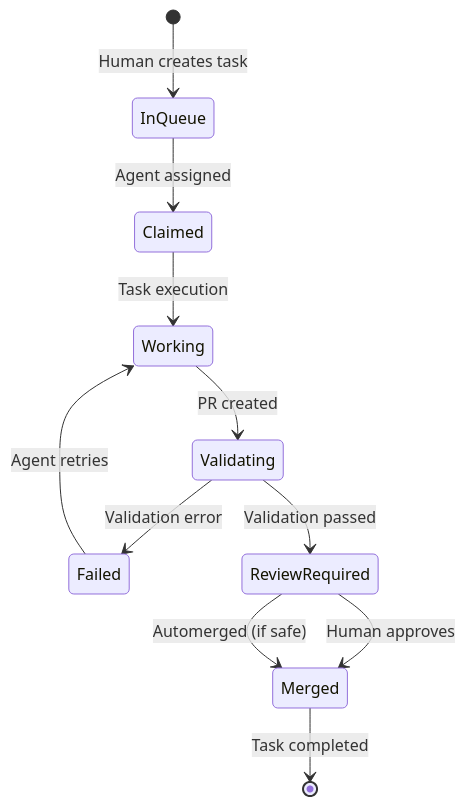
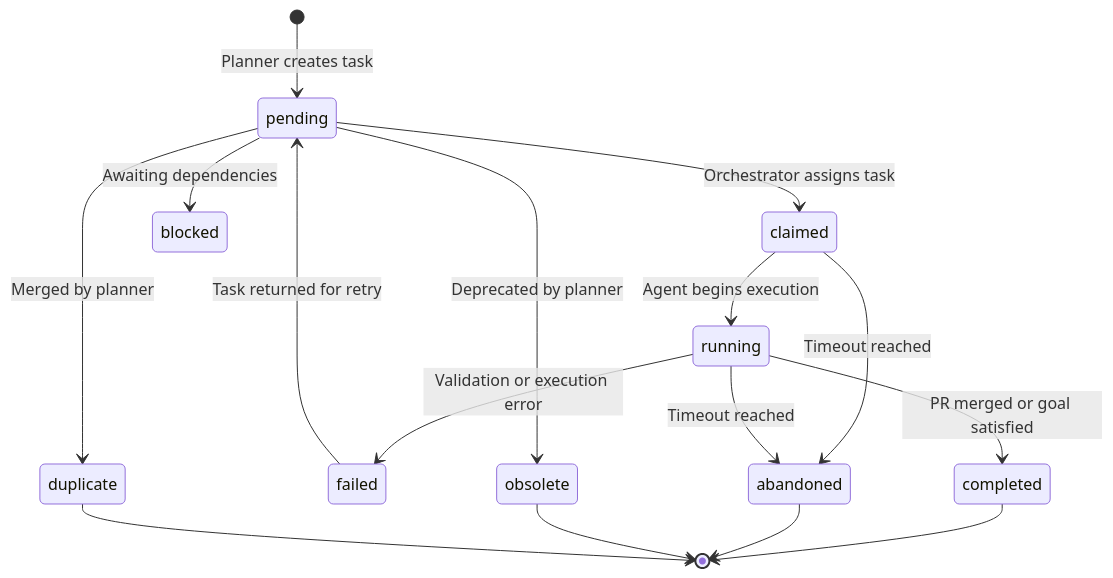
The first of 3 diagrams in docs/AI_FACTORY.md (Helloguys3324/orchestratot), drawn with Mermaid before and after one commit. The commit also changed 1 other file, not shown here.

Commit message:
ai-factory(documenter): Document setup and operations

````diff
--- a/docs/AI_FACTORY.md
+++ b/docs/AI_FACTORY.md
@@ -181,13 +181,18 @@
 ```mermaid
 stateDiagram-v2
-    [*] --> InQueue: Human creates task
-    InQueue --> Claimed: Agent assigned
-    Claimed --> Working: Task execution
-    Working --> Validating: PR created
-    Validating --> Failed: Validation error
-    Validating --> ReviewRequired: Validation passed
-    Failed --> Working: Agent retries
-    ReviewRequired --> Merged: Human approves
-    ReviewRequired --> Merged: Automerged (if safe)
-    Merged --> [*]: Task completed
+    [*] --> pending: Planner creates task
+    pending --> claimed: Orchestrator assigns task
+    claimed --> running: Agent begins execution
+    running --> completed: PR merged or goal satisfied
+    running --> failed: Validation or execution error
+    failed --> pending: Task returned for retry
+    claimed --> abandoned: Timeout reached
+    running --> abandoned: Timeout reached
+    pending --> obsolete: Deprecated by planner
+    pending --> duplicate: Merged by planner
+    pending --> blocked: Awaiting dependencies
+    completed --> [*]
+    abandoned --> [*]
+    obsolete --> [*]
+    duplicate --> [*]
 ```
````
